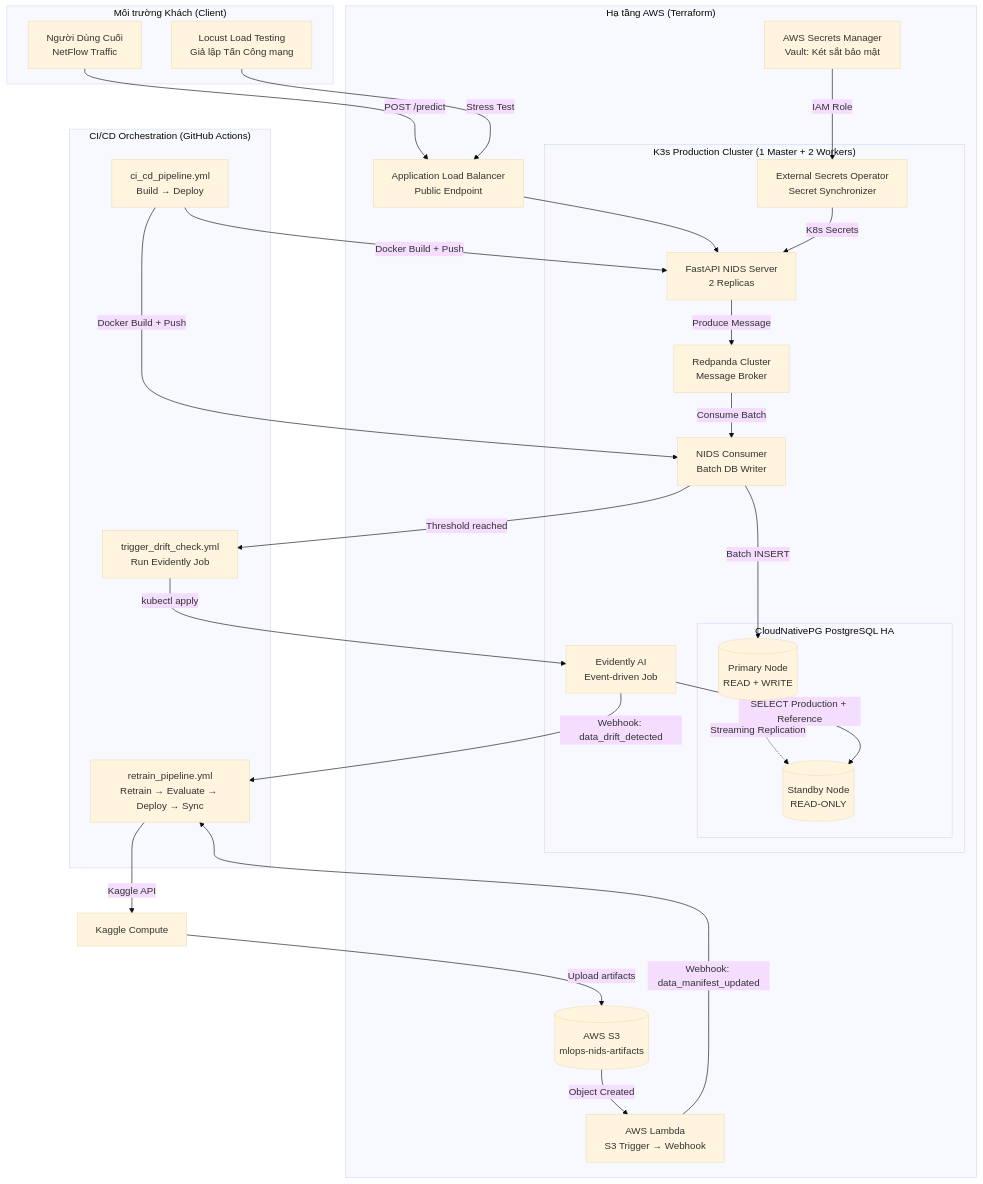
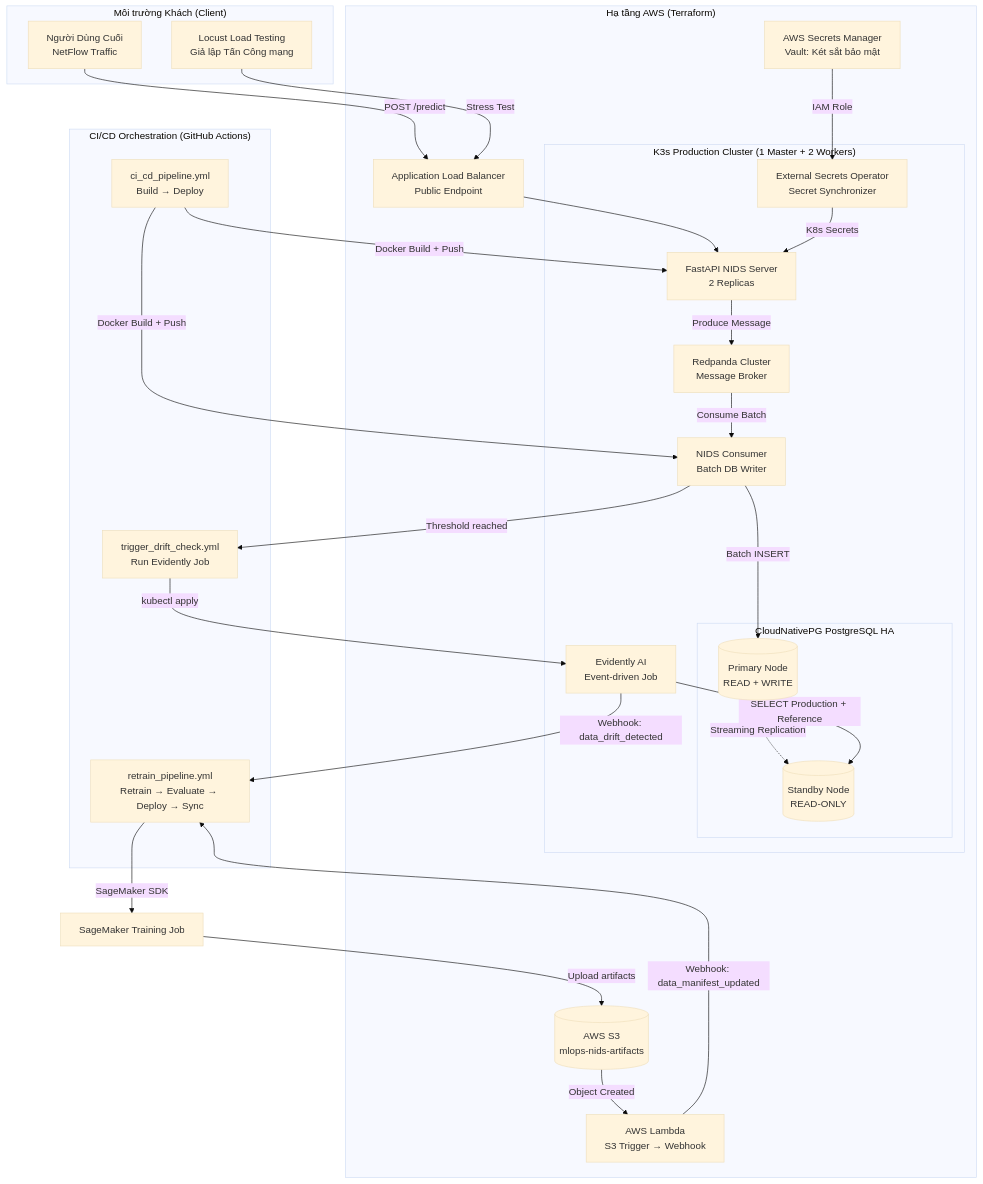
One commit to Viet-Hoang-2005/AdaptML changed the first of 7 diagrams in ARCHITECTURE.md. Above: the diagram before and after it, drawn with Mermaid (base theme). The commit also changed other lines of this file and 3 other files, not shown here.

Commit message:
docs: Update the Compute Engine documentation to use AWS SageMaker.

````diff
--- a/ARCHITECTURE.md
+++ b/ARCHITECTURE.md
@@ -11,61 +11,61 @@
 ```mermaid
 flowchart TB
     subgraph CLIENT["Môi trường Khách (Client)"]
         USER[Người Dùng Cuối<br/>NetFlow Traffic]
         LOCUST[Locust Load Testing<br/>Giả lập Tấn Công mạng]
     end
 
     subgraph AWS_INFRA["Hạ tầng AWS (Terraform)"]
         ALB[Application Load Balancer<br/>Public Endpoint]
         ASM[AWS Secrets Manager<br/>Vault: Két sắt bảo mật]
 
         subgraph K3S["K3s Production Cluster (1 Master + 2 Workers)"]
             ESO[External Secrets Operator<br/>Secret Synchronizer]
             API[FastAPI NIDS Server<br/>2 Replicas]
             REDPANDA[Redpanda Cluster<br/>Message Broker]
             CONSUMER[NIDS Consumer<br/>Batch DB Writer]
 
             subgraph CNPG["CloudNativePG PostgreSQL HA"]
                 PG_PRIMARY[(Primary Node<br/>READ + WRITE)]
                 PG_STANDBY[(Standby Node<br/>READ-ONLY)]
             end
 
             EVIDENTLY[Evidently AI<br/>Event-driven Job]
         end
 
         S3[(AWS S3<br/>mlops-nids-artifacts)]
         LAMBDA[AWS Lambda<br/>S3 Trigger → Webhook]
     end
 
     subgraph CICD["CI/CD Orchestration (GitHub Actions)"]
         GH_CICD[ci_cd_pipeline.yml<br/>Build → Deploy]
         GH_RETRAIN[retrain_pipeline.yml<br/>Retrain → Evaluate → Deploy → Sync]
         GH_DRIFT[trigger_drift_check.yml<br/>Run Evidently Job]
     end
 
     USER -->|POST /predict| ALB
     LOCUST -->|Stress Test| ALB
     ALB --> API
 
     API -->|Produce Message| REDPANDA
     REDPANDA -->|Consume Batch| CONSUMER
     CONSUMER -->|Batch INSERT| PG_PRIMARY
     CONSUMER -->|Threshold reached| GH_DRIFT
     ASM -->|IAM Role| ESO
     ESO -->|K8s Secrets| API
 
     PG_PRIMARY -.->|Streaming Replication| PG_STANDBY
     EVIDENTLY -->|SELECT Production + Reference| PG_STANDBY
 
     GH_DRIFT -->|kubectl apply| EVIDENTLY
     EVIDENTLY -->|Webhook: data_drift_detected| GH_RETRAIN
 
     S3 -->|Object Created| LAMBDA
     LAMBDA -->|Webhook: data_manifest_updated| GH_RETRAIN
 
-    GH_RETRAIN -->|Kaggle API| TRAIN[Kaggle Compute]
+    GH_RETRAIN -->|SageMaker SDK| TRAIN[SageMaker Training Job]
     TRAIN -->|Upload artifacts| S3
 
     GH_CICD -->|Docker Build + Push| API
     GH_CICD -->|Docker Build + Push| CONSUMER
 ```
````
